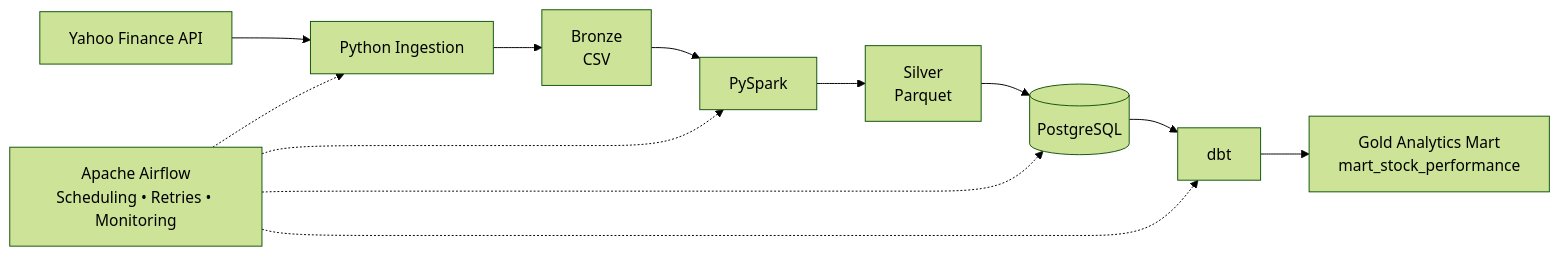
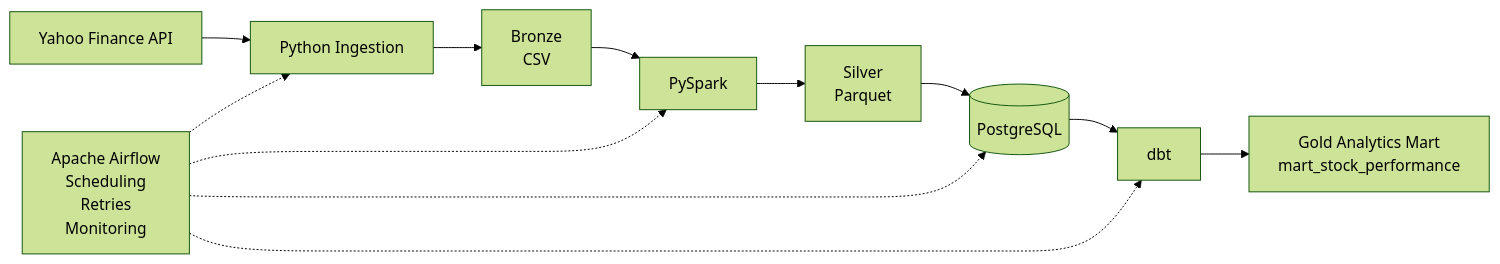
Before and after one commit to lilyhoffman/data-engineering-porfolio: the diagram in financial-market-data-platform/README.md, drawn with Mermaid (forest theme).

````diff
--- a/financial-market-data-platform/README.md
+++ b/financial-market-data-platform/README.md
@@ -20,27 +20,27 @@
 ```mermaid
 flowchart LR
 
     A[Yahoo Finance API]
     B[Python Ingestion]
     C[Bronze<br/>CSV]
     D[PySpark]
     E[Silver<br/>Parquet]
     F[(PostgreSQL)]
     G[dbt]
     H[Gold Analytics Mart<br/>mart_stock_performance]
 
     A --> B
     B --> C
     C --> D
     D --> E
     E --> F
     F --> G
     G --> H
 
-    AIRFLOW[Apache Airflow<br/>Scheduling • Retries • Monitoring]
+    AIRFLOW[Apache Airflow<br/>Scheduling<br/>Retries<br/>Monitoring]
 
     AIRFLOW -.-> B
     AIRFLOW -.-> D
     AIRFLOW -.-> F
     AIRFLOW -.-> G
 ```
````
